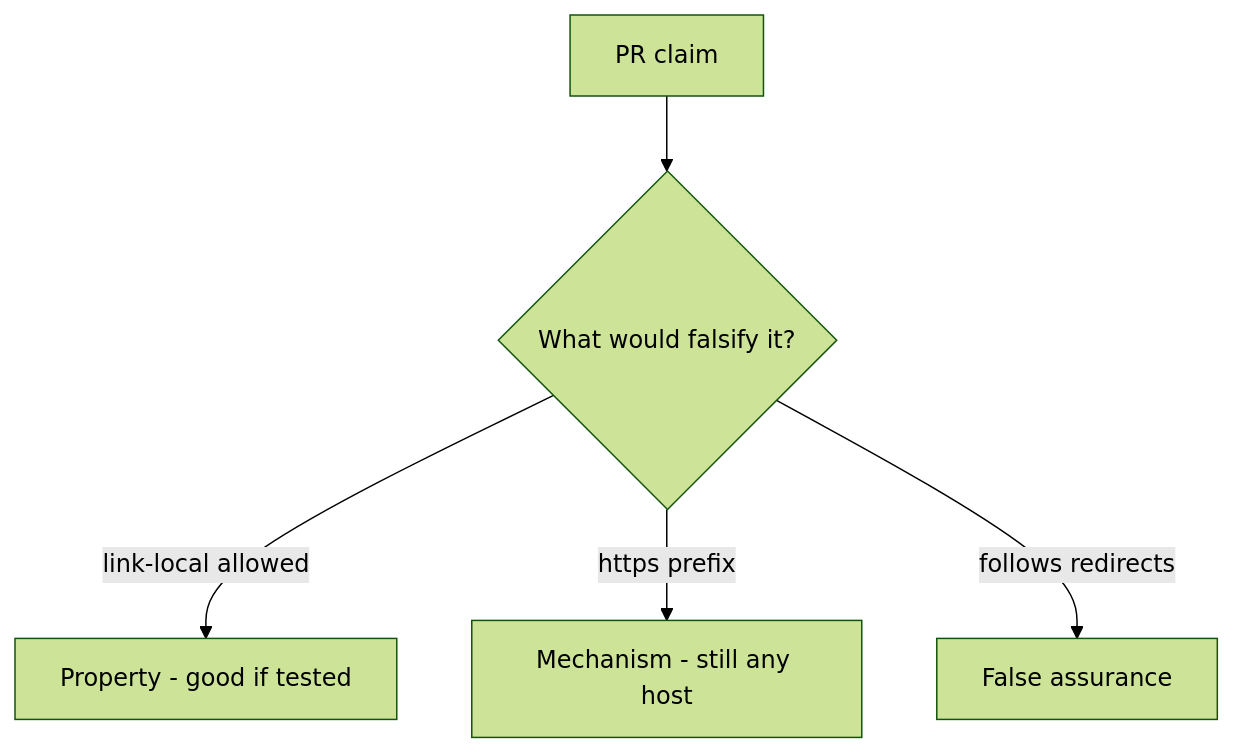
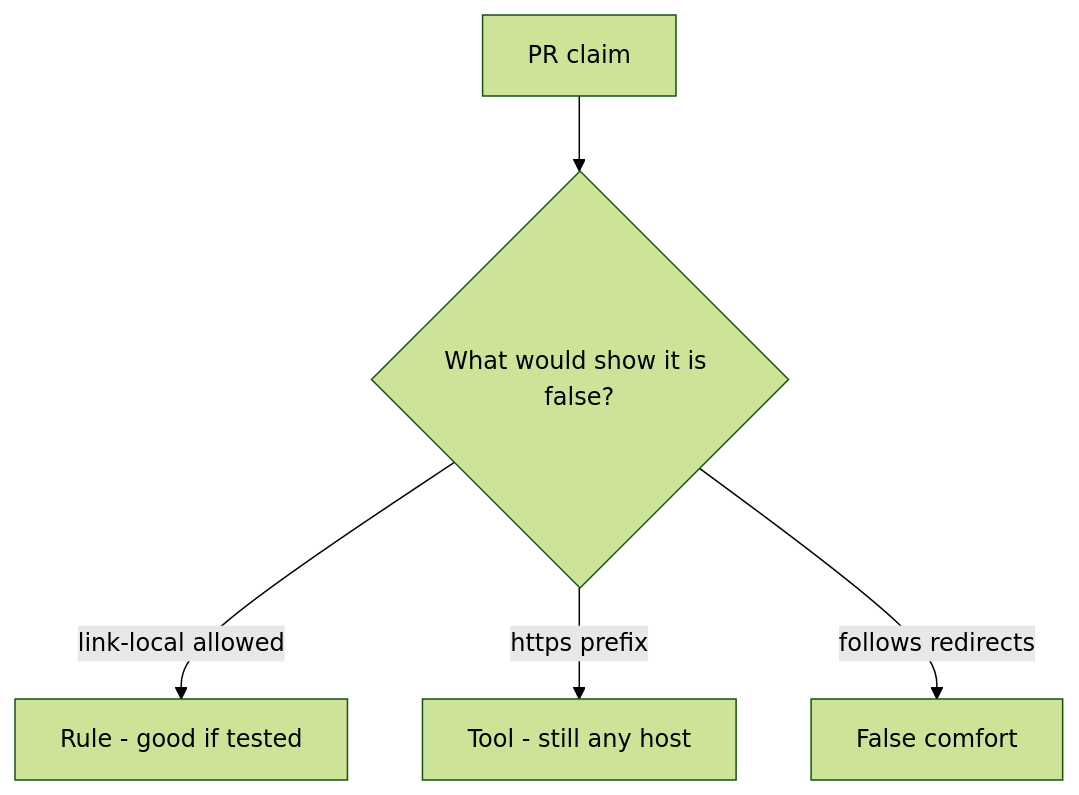
The diagram in content/modules/6/6.5/lessons/08-review.md (ishitvagoel/LearnSecurity), drawn with Mermaid (forest theme) before and after one commit. The commit also changed other lines of this file and 55 other files, not shown here.

````diff
--- a/content/modules/6/6.5/lessons/08-review.md
+++ b/content/modules/6/6.5/lessons/08-review.md
@@ -17,7 +18,7 @@
 ```mermaid
 flowchart TD
-  Claim[PR claim] --> Q{"What would falsify it?"}
-  Q -->|"link-local allowed"| Property["Property - good if tested"]
-  Q -->|"https prefix"| Mechanism[Mechanism - still any host]
-  Q -->|"follows redirects"| False[False assurance]
+  Claim[PR claim] --> Q{"What would show it is false?"}
+  Q -->|"link-local allowed"| Property["Rule - good if tested"]
+  Q -->|"https prefix"| Mechanism[Tool - still any host]
+  Q -->|"follows redirects"| False[False comfort]
 ```
````
